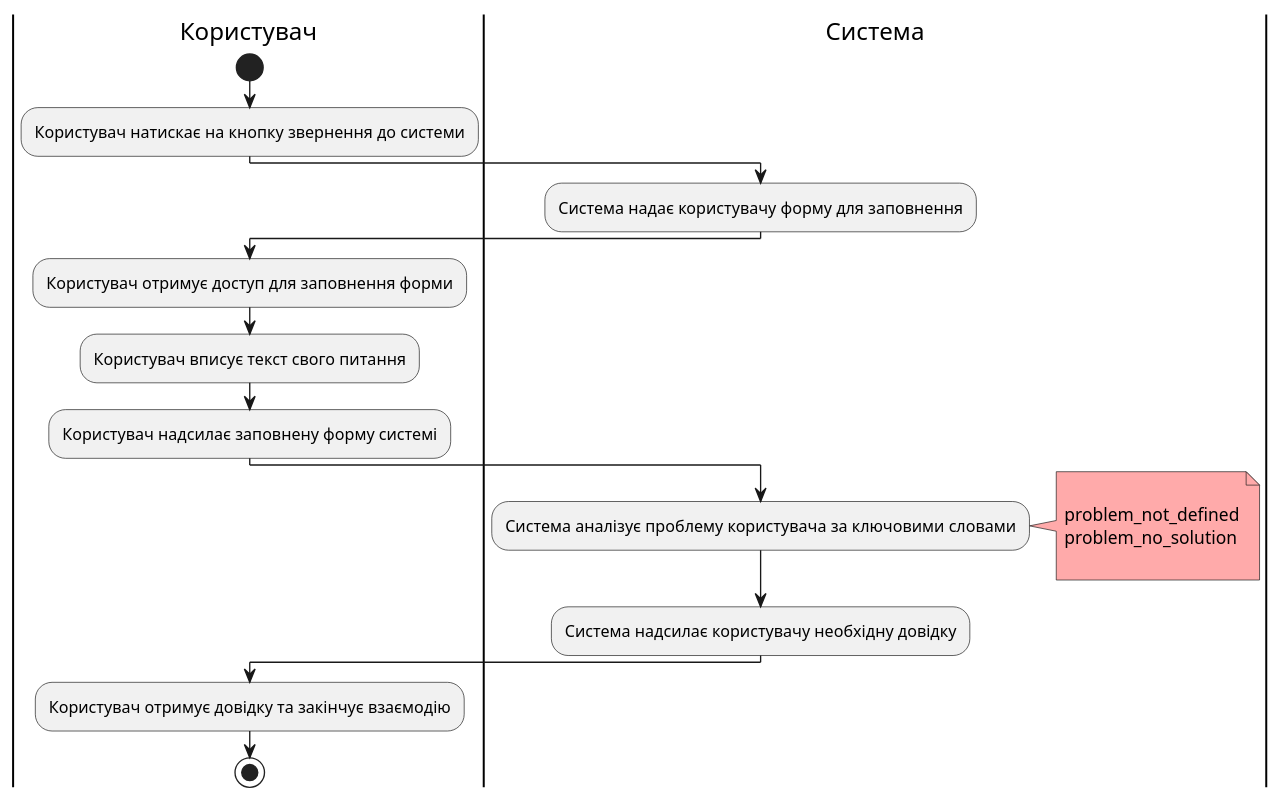
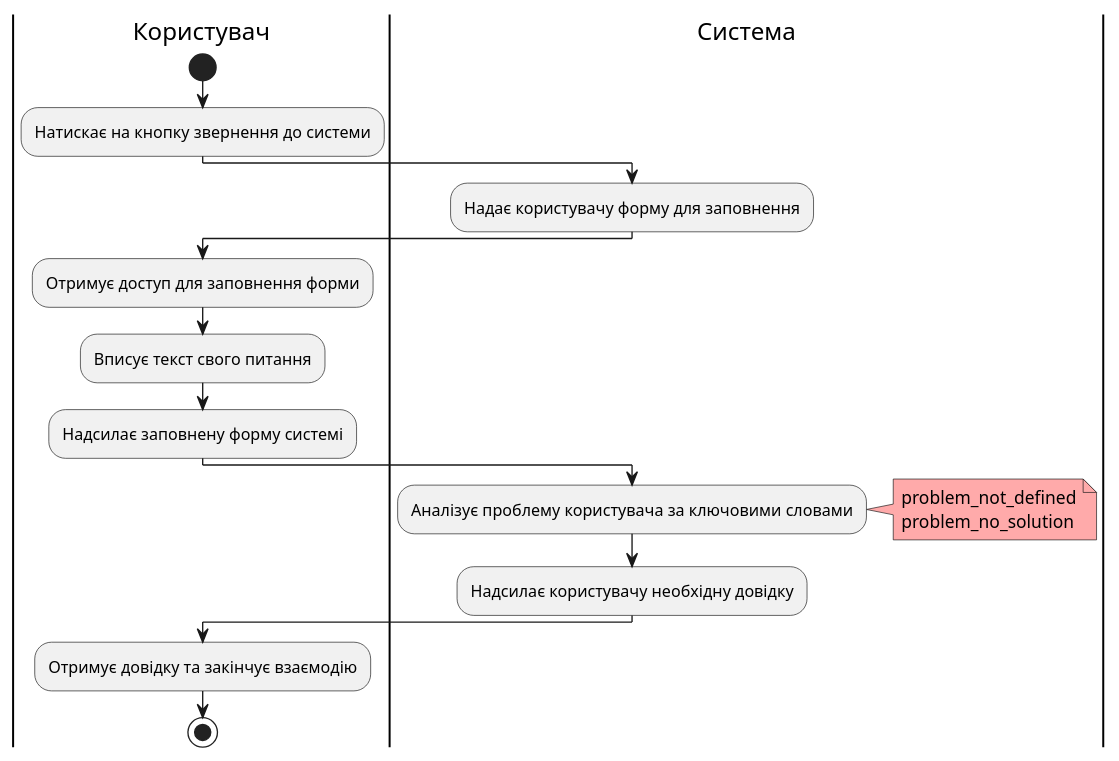
Before and after one commit to nonGratis/retarder-io-23-3: the fifth of 11 diagrams in docs/use cases/README.md, drawn with PlantUML. The commit also changed other lines of this file, not shown here.

Commit message:
UML content correction

````diff
--- a/docs/use cases/README.md
+++ b/docs/use cases/README.md
@@ -169,24 +168,24 @@
+```plantuml
 @startuml
 |Користувач|
     start
-    :Користувач натискає на кнопку звернення до системи;
+    :Натискає на кнопку звернення до системи;
 |Система|
-    :Система надає користувачу форму для заповнення;
+    :Надає користувачу форму для заповнення;
 |Користувач|
-    :Користувач отримує доступ для заповнення форми;
-    :Користувач вписує текст свого питання;
-    :Користувач надсилає заповнену форму системі;
+    :Отримує доступ для заповнення форми;
+    :Вписує текст свого питання;
+    :Надсилає заповнену форму системі;
 |Система|
-    :Система аналізує проблему користувача за ключовими словами;
+    :Аналізує проблему користувача за ключовими словами;
         note right #ffaaaa
-
-        problem_not_defined
-        problem_no_solution
-
+            problem_not_defined
+            problem_no_solution
         end note
 
-    :Система надсилає користувачу необхідну довідку;
+    :Надсилає користувачу необхідну довідку;
 |Користувач|
-    :Користувач отримує довідку та закінчує взаємодію;
+    :Отримує довідку та закінчує взаємодію;
     stop;
 @enduml
+```
````
